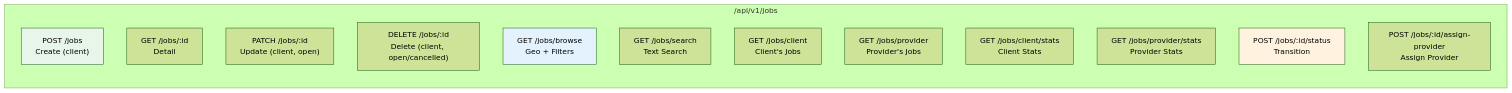
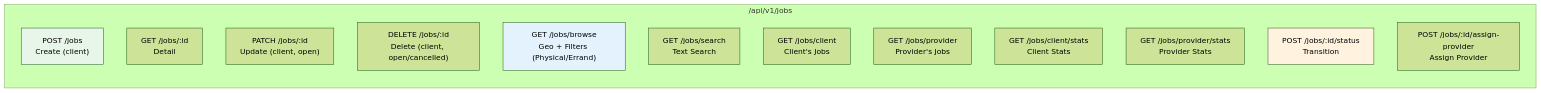
Before and after one commit to Ubaid123678/DO_IT_Platfom: the seventh of 8 diagrams in docs/PHASE_4_JOBS_CORE.md, drawn with Mermaid (forest theme). The commit also changed other lines of this file and 12 other files, not shown here.

Commit message:
feat: add ErrandRequirementsStep and PhysicalRequirementsStep components for job posting requirements

````diff
--- a/docs/PHASE_4_JOBS_CORE.md
+++ b/docs/PHASE_4_JOBS_CORE.md
@@ -279,21 +322,21 @@
 ```mermaid
 graph LR
     subgraph Jobs["/api/v1/jobs"]
         POST["POST /jobs\nCreate (client)"]
         GET_ID["GET /jobs/:id\nDetail"]
         PATCH["PATCH /jobs/:id\nUpdate (client, open)"]
         DELETE["DELETE /jobs/:id\nDelete (client, open/cancelled)"]
-        BROWSE["GET /jobs/browse\nGeo + Filters"]
+        BROWSE["GET /jobs/browse\nGeo + Filters (Physical/Errand)"]
         SEARCH["GET /jobs/search\nText Search"]
         CLIENT["GET /jobs/client\nClient's Jobs"]
         PROVIDER["GET /jobs/provider\nProvider's Jobs"]
         STATS_C["GET /jobs/client/stats\nClient Stats"]
         STATS_P["GET /jobs/provider/stats\nProvider Stats"]
         STATUS["POST /jobs/:id/status\nTransition"]
         ASSIGN["POST /jobs/:id/assign-provider\nAssign Provider"]
     end
 
     style POST fill:#e8f5e9
     style BROWSE fill:#e3f2fd
     style STATUS fill:#fff3e0
 ```
````
